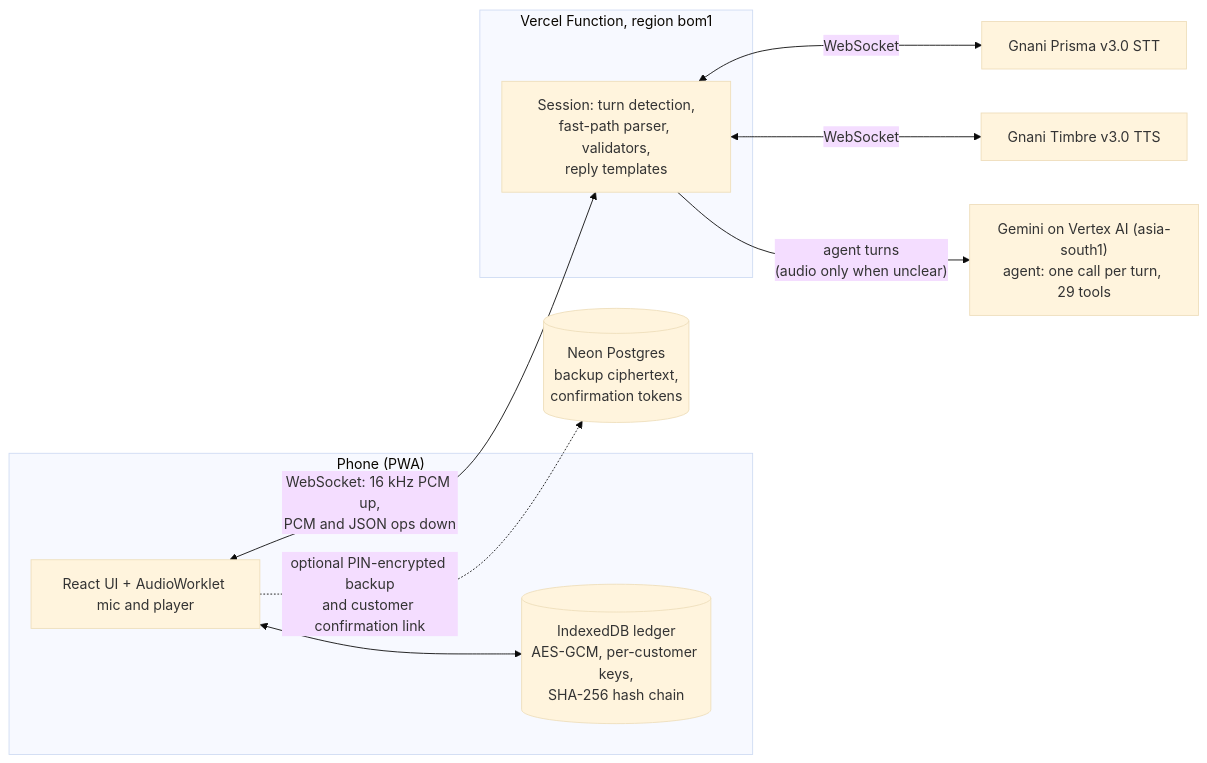
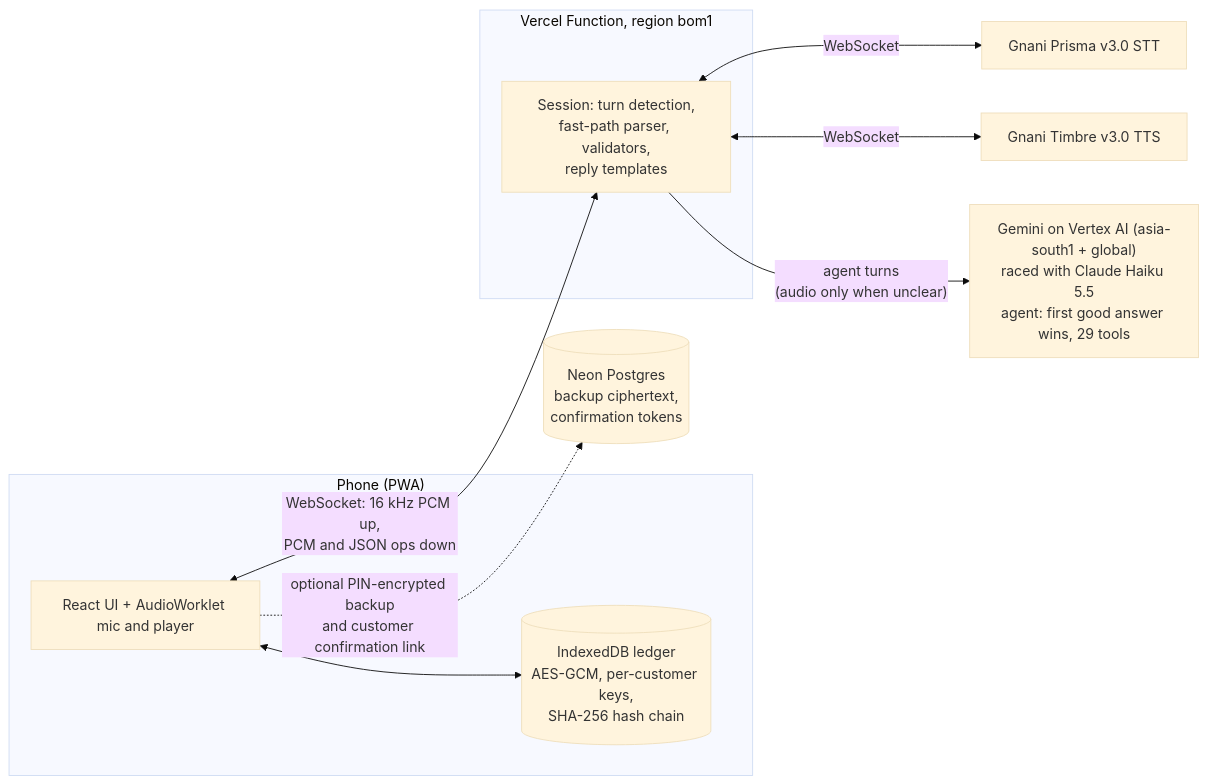
The first of 2 diagrams in README.md (sulaiman-shariff/voice-khata), drawn with Mermaid (base theme) before and after one commit. The commit also changed other lines of this file and 1 other file, not shown here.

Commit message:
README, .env.example: the Haiku race, its privacy and cost, AGENT_HAIKU, measured numbers

````diff
--- a/README.md
+++ b/README.md
@@ -28,20 +28,20 @@
 ```mermaid
 flowchart LR
   subgraph Phone["Phone (PWA)"]
     UI["React UI + AudioWorklet mic and player"]
     DB[("IndexedDB ledger<br/>AES-GCM, per-customer keys,<br/>SHA-256 hash chain")]
     UI <--> DB
   end
   subgraph Vercel["Vercel Function, region bom1"]
     S["Session: turn detection,<br/>fast-path parser, validators,<br/>reply templates"]
   end
   STT["Gnani Prisma v3.0 STT"]
   TTS["Gnani Timbre v3.0 TTS"]
-  LLM["Gemini on Vertex AI (asia-south1)<br/>agent: one call per turn, 29 tools"]
+  LLM["Gemini on Vertex AI (asia-south1 + global)<br/>raced with Claude Haiku 5.5<br/>agent: first good answer wins, 29 tools"]
   NEON[("Neon Postgres<br/>backup ciphertext,<br/>confirmation tokens")]
   UI <-- "WebSocket: 16 kHz PCM up,<br/>PCM and JSON ops down" --> S
   S <-- WebSocket --> STT
   S <-- WebSocket --> TTS
   S -- "agent turns<br/>(audio only when unclear)" --> LLM
   UI -. "optional PIN-encrypted backup<br/>and customer confirmation link" .-> NEON
 ```
````
